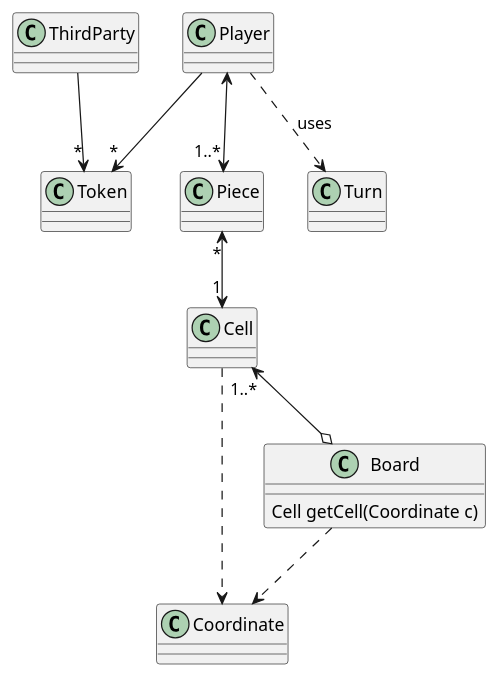
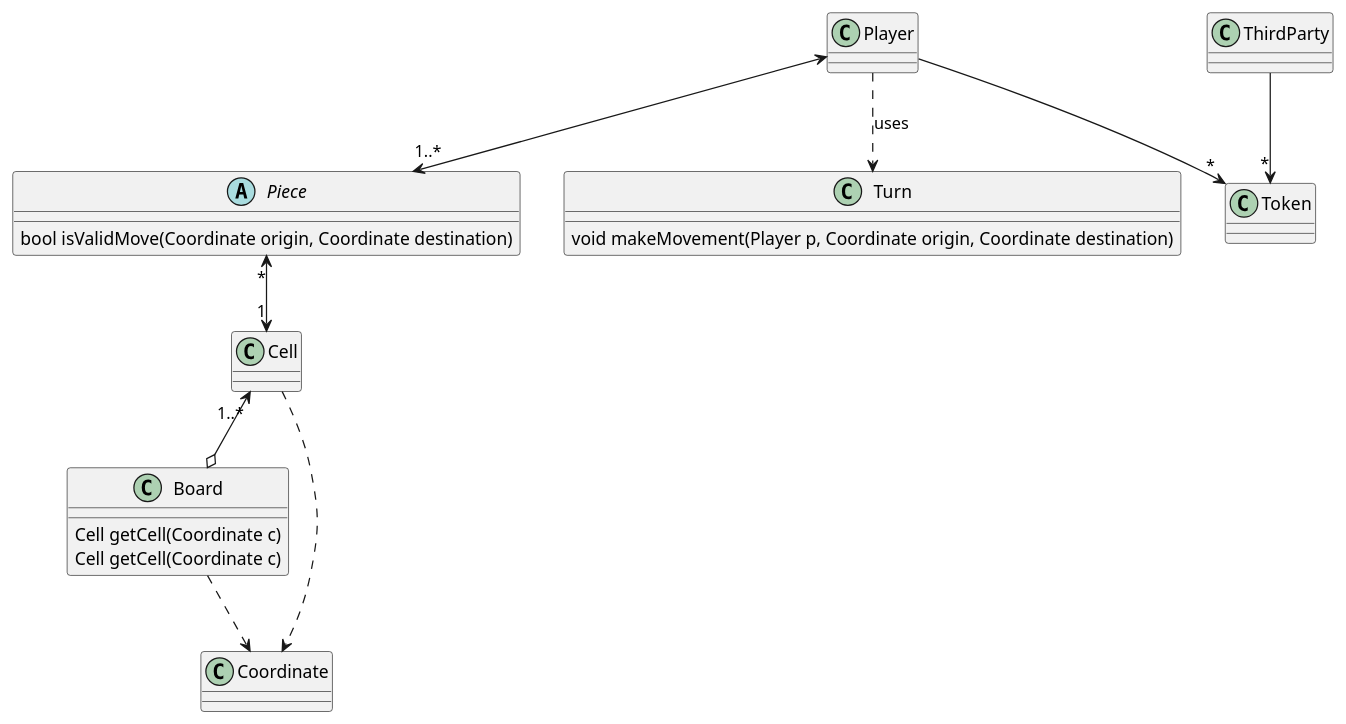
One commit to gio8tisu/arqsoft-board-games changed the diagram in DomainModel.puml. Above: the diagram before and after it, drawn with PlantUML. The commit also changed 2 other files, not shown here.

Commit message:
Make Piece class abstract

```diff
--- a/DomainModel.puml
+++ b/DomainModel.puml
@@ -11,14 +11,24 @@
 @startuml
+
+abstract class Piece {
+    bool isValidMove(Coordinate origin, Coordinate destination)
+}
+class Board {
+    Cell getCell(Coordinate c)
+}
+class Turn {
+    void makeMovement(Player p, Coordinate origin, Coordinate destination)
+}
 
 ThirdParty --> "*" Token
 Player --> "*" Token
 Player <--> "1..*" Piece
 Player ..> Turn : uses
 Piece "*" <--> "1" Cell
 Cell ..> Coordinate
 Cell "1..*" <--o Board
 Board ..> Coordinate
 
 Board : Cell getCell(Coordinate c)
 
 @enduml
```
